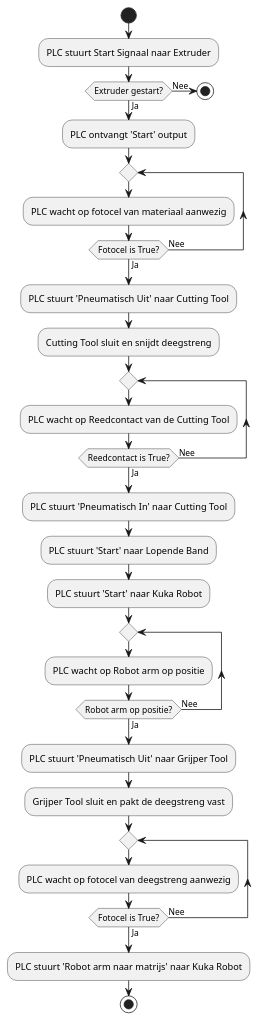
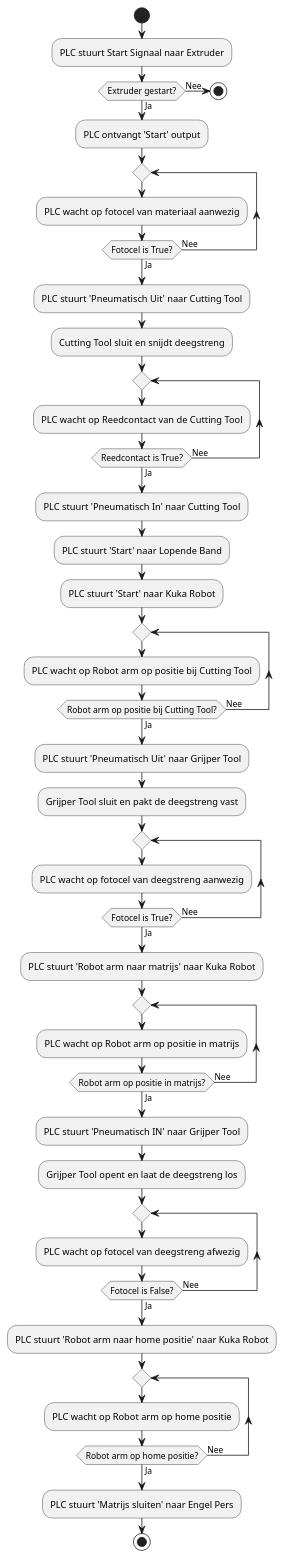
Before and after one commit to ProcessSafetyLFTGroup/GroupAssignment: the diagram in src/2_Handling_Process.md, drawn with PlantUML. The commit also changed 9 other files, not shown here.

Commit message:
Activity Diagram afgemaakt samen met Milan verder een eerste opset gemaakt van een class diagram in hoofdstuk 6

````diff
--- a/src/2_Handling_Process.md
+++ b/src/2_Handling_Process.md
@@ -4,36 +4,47 @@
 ```plantuml
 @startuml
 start
 
 :PLC stuurt Start Signaal naar Extruder;
 if (Extruder gestart?) then (Ja)
     :PLC ontvangt 'Start' output;
 else (Nee)
     stop
 endif
 
 repeat
     :PLC wacht op fotocel van materiaal aanwezig;
     repeat while (Fotocel is True?) is (Nee) not (Ja)
         :PLC stuurt 'Pneumatisch Uit' naar Cutting Tool;
         :Cutting Tool sluit en snijdt deegstreng;
 repeat
     :PLC wacht op Reedcontact van de Cutting Tool;
     repeat while (Reedcontact is True?) is (Nee) not (Ja)
         :PLC stuurt 'Pneumatisch In' naar Cutting Tool;
         :PLC stuurt 'Start' naar Lopende Band;
         :PLC stuurt 'Start' naar Kuka Robot;
 repeat
-    :PLC wacht op Robot arm op positie;
-    repeat while (Robot arm op positie?) is (Nee) not (Ja)
+    :PLC wacht op Robot arm op positie bij Cutting Tool;
+    repeat while (Robot arm op positie bij Cutting Tool?) is (Nee) not (Ja)
         :PLC stuurt 'Pneumatisch Uit' naar Grijper Tool;
         :Grijper Tool sluit en pakt de deegstreng vast;
  repeat
     :PLC wacht op fotocel van deegstreng aanwezig;
     repeat while (Fotocel is True?) is (Nee) not (Ja)
         :PLC stuurt 'Robot arm naar matrijs' naar Kuka Robot;       
-
-
+repeat
+    :PLC wacht op Robot arm op positie in matrijs;
+repeat while (Robot arm op positie in matrijs?) is (Nee) not (Ja)
+        :PLC stuurt 'Pneumatisch IN' naar Grijper Tool;
+        :Grijper Tool opent en laat de deegstreng los;
+ repeat
+    :PLC wacht op fotocel van deegstreng afwezig;
+    repeat while (Fotocel is False?) is (Nee) not (Ja)
+        :PLC stuurt 'Robot arm naar home positie' naar Kuka Robot;   
+ repeat
+    :PLC wacht op Robot arm op home positie;
+    repeat while (Robot arm op home positie?) is (Nee) not (Ja)
+        :PLC stuurt 'Matrijs sluiten' naar Engel Pers; 
 stop
 @enduml
 ```
````
